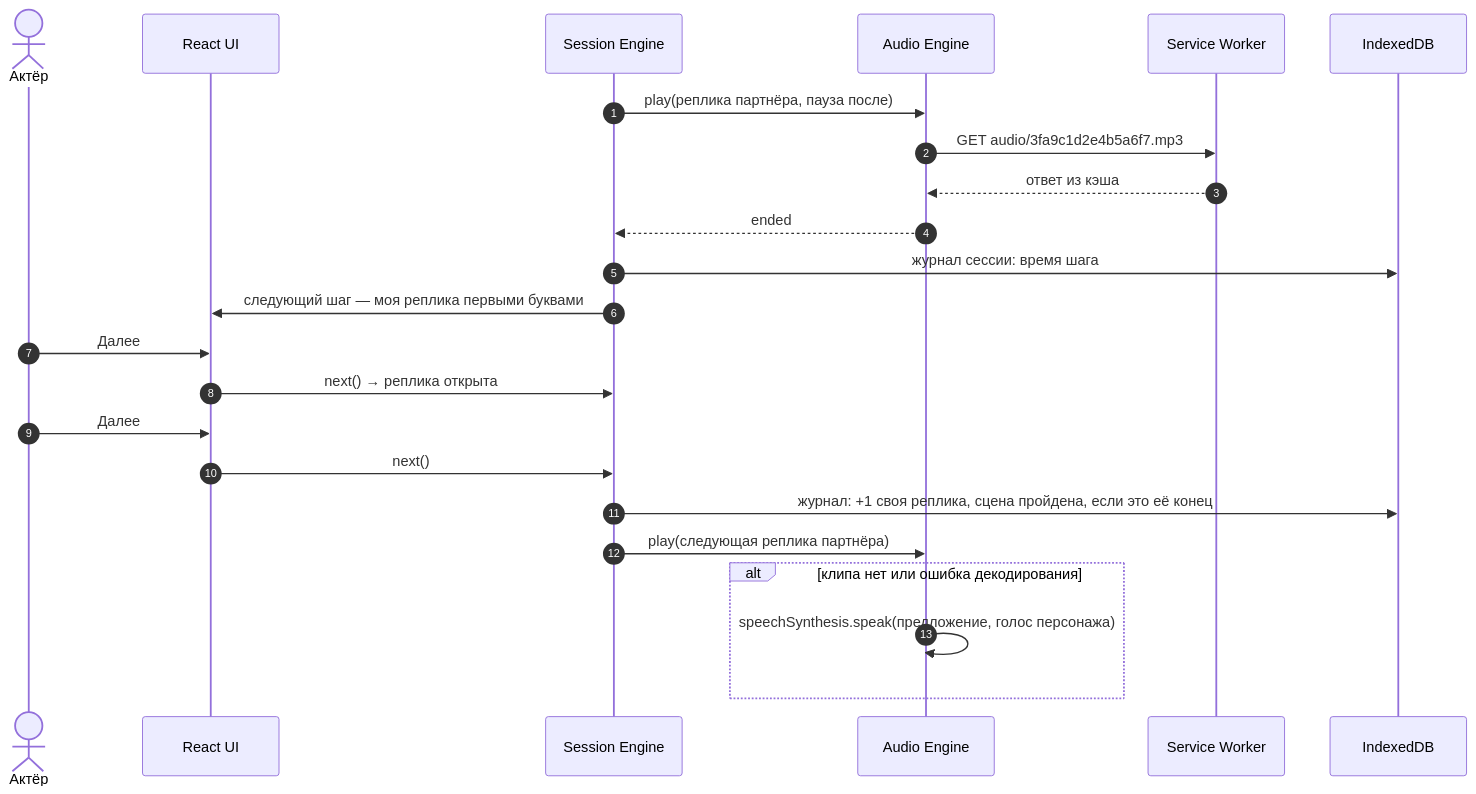
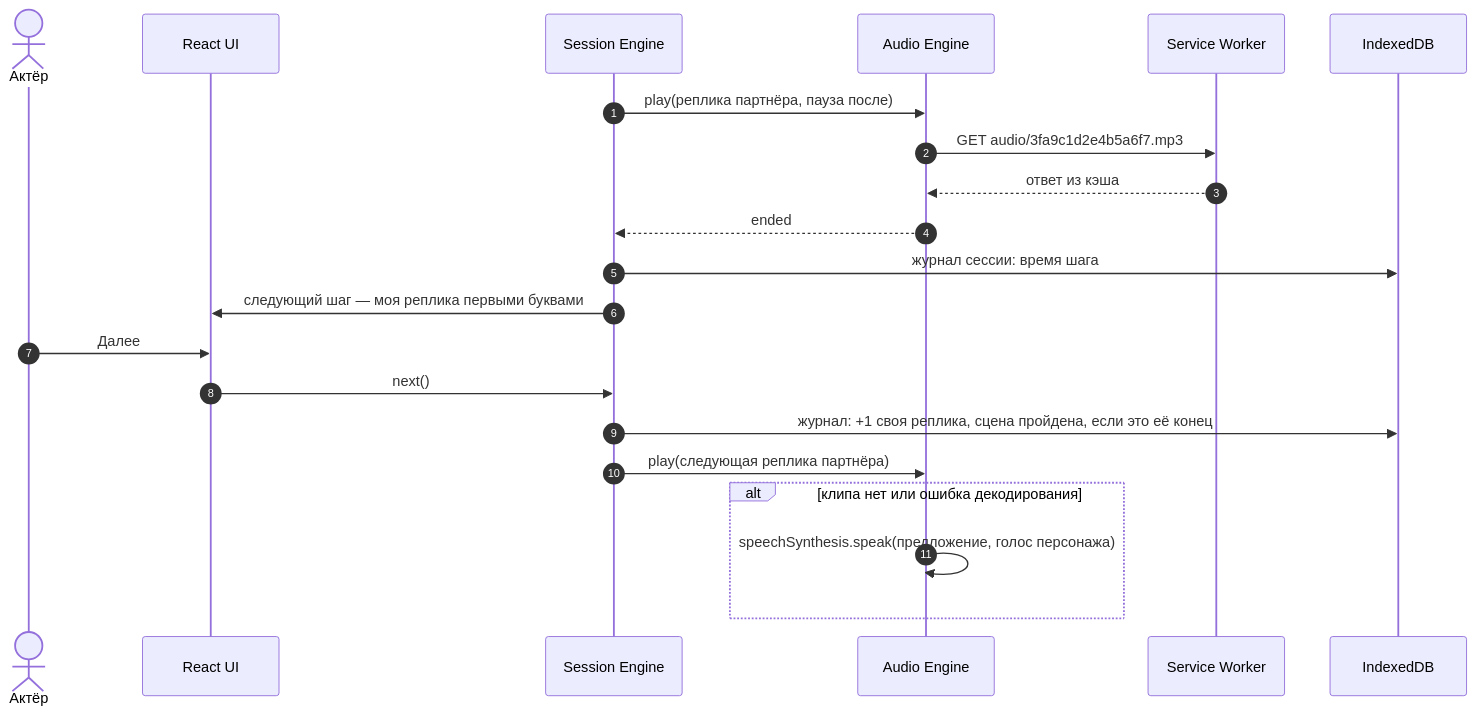
One commit to Veldmord/text-learning changed the fourth of 8 diagrams in docs/ARCHITECTURE.md. Above: the diagram before and after it, drawn with Mermaid. The commit also changed other lines of this file and 4 other files, not shown here.

````diff
--- a/docs/ARCHITECTURE.md
+++ b/docs/ARCHITECTURE.md
@@ -387,25 +388,23 @@
 ```mermaid
 sequenceDiagram
   autonumber
   actor A as Актёр
   participant UI as React UI
   participant SE as Session Engine
   participant AE as Audio Engine
   participant SW as Service Worker
   participant DB as IndexedDB
   SE->>AE: play(реплика партнёра, пауза после)
   AE->>SW: GET audio/3fa9c1d2e4b5a6f7.mp3
   SW-->>AE: ответ из кэша
   AE-->>SE: ended
   SE->>DB: журнал сессии: время шага
   SE->>UI: следующий шаг — моя реплика первыми буквами
   A->>UI: Далее
-  UI->>SE: next() → реплика открыта
-  A->>UI: Далее
   UI->>SE: next()
   SE->>DB: журнал: +1 своя реплика, сцена пройдена, если это её конец
   SE->>AE: play(следующая реплика партнёра)
   alt клипа нет или ошибка декодирования
     AE->>AE: speechSynthesis.speak(предложение, голос персонажа)
   end
 ```
````
